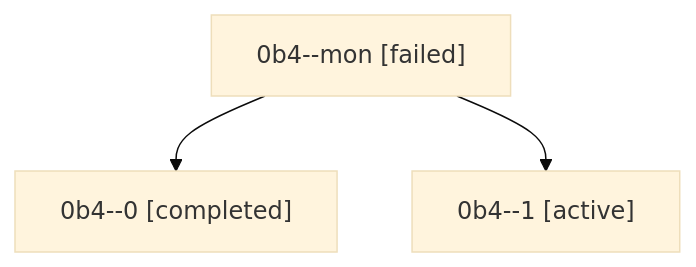
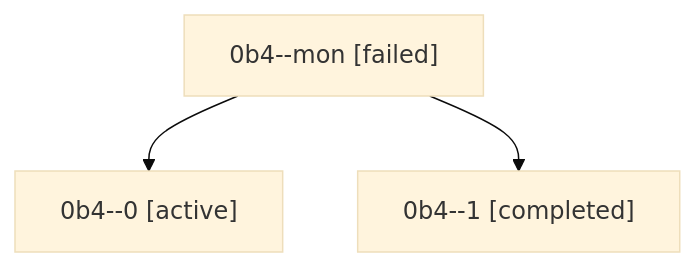
One commit to sase-org/sase--agents changed the diagram in families/bbugyi200.athena.0b4.md. Above: the diagram before and after it, drawn with Mermaid (base theme). The commit also changed other lines of this file and 35830 other files, not shown here.

````diff
--- a/families/bbugyi200.athena.0b4.md
+++ b/families/bbugyi200.athena.0b4.md
@@ -9,8 +9,8 @@
 ```mermaid
 flowchart TD
   n0["0b4--mon [failed]"]
-  n1["0b4--0 [completed]"]
+  n1["0b4--0 [active]"]
   n0 --> n1
-  n2["0b4--1 [active]"]
+  n2["0b4--1 [completed]"]
   n0 --> n2
 ```
````
